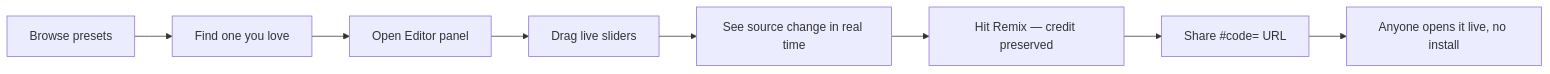
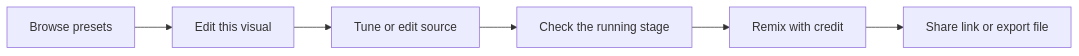
Before and after one commit to zz-plant/stims: the diagram in docs/authoring/00-play.md, drawn with Mermaid. The commit also changed other lines of this file and 69 other files, not shown here.

````diff
--- a/docs/authoring/00-play.md
+++ b/docs/authoring/00-play.md
@@ -5,10 +5,8 @@
 ```mermaid
 flowchart LR
-    A[Browse presets] --> B[Find one you love]
-    B --> C[Open Editor panel]
-    C --> D[Drag live sliders]
-    D --> E[See source change in real time]
-    E --> F[Hit Remix — credit preserved]
-    F --> G[Share #code= URL]
-    G --> H[Anyone opens it live, no install]
+    A[Browse presets] --> B[Edit this visual]
+    B --> C[Tune or edit source]
+    C --> D[Check the running stage]
+    D --> E[Remix with credit]
+    E --> F[Share link or export file]
 ```
````
